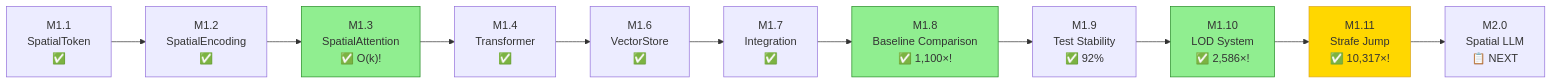
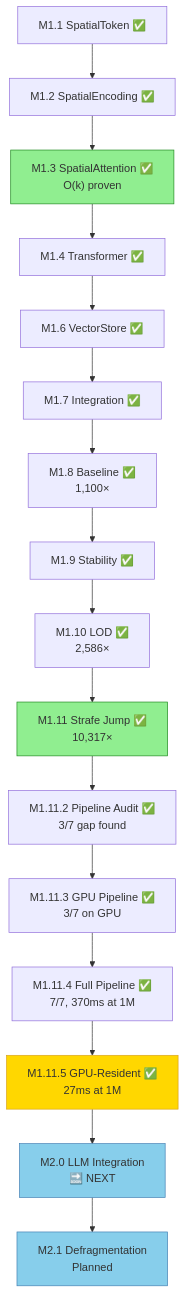
The diagram in docs/milestones/README.md (ch1pu/infinate), drawn with Mermaid before and after one commit. The commit also changed other lines of this file, not shown here.

````diff
--- a/docs/milestones/README.md
+++ b/docs/milestones/README.md
@@ -309,18 +233,24 @@
 ```mermaid
-graph LR
-    M1["M1.1<br/>SpatialToken<br/>✅"] --> M2["M1.2<br/>SpatialEncoding<br/>✅"]
-    M2 --> M3["M1.3<br/>SpatialAttention<br/>✅ O(k)!"]
-    M3 --> M4["M1.4<br/>Transformer<br/>✅"]
-    M4 --> M6["M1.6<br/>VectorStore<br/>✅"]
-    M6 --> M7["M1.7<br/>Integration<br/>✅"]
-    M7 --> M8["M1.8<br/>Baseline Comparison<br/>✅ 1,100×!"]
-    M8 --> M9["M1.9<br/>Test Stability<br/>✅ 92%"]
-    M9 --> M10["M1.10<br/>LOD System<br/>✅ 2,586×!"]
-    M10 --> M11["M1.11<br/>Strafe Jump<br/>✅ 10,317×!"]
-    M11 --> M20["M2.0<br/>Spatial LLM<br/>📋 NEXT"]
+graph TB
+    M1["M1.1 SpatialToken ✅"] --> M2["M1.2 SpatialEncoding ✅"]
+    M2 --> M3["M1.3 SpatialAttention ✅\nO(k) proven"]
+    M3 --> M4["M1.4 Transformer ✅"]
+    M4 --> M6["M1.6 VectorStore ✅"]
+    M6 --> M7["M1.7 Integration ✅"]
+    M7 --> M8["M1.8 Baseline ✅\n1,100×"]
+    M8 --> M9["M1.9 Stability ✅"]
+    M9 --> M10["M1.10 LOD ✅\n2,586×"]
+    M10 --> M11["M1.11 Strafe Jump ✅\n10,317×"]
+    M11 --> M112["M1.11.2 Pipeline Audit ✅\n3/7 gap found"]
+    M112 --> M113["M1.11.3 GPU Pipeline ✅\n3/7 on GPU"]
+    M113 --> M114["M1.11.4 Full Pipeline ✅\n7/7, 370ms at 1M"]
+    M114 --> M115["M1.11.5 GPU-Resident ✅\n27ms at 1M"]
+    M115 --> M20["M2.0 LLM Integration\n🔜 NEXT"]
+    M20 --> M21["M2.1 Defragmentation\nPlanned"]
 
     style M3 fill:#90EE90,stroke:#228B22
-    style M8 fill:#90EE90,stroke:#228B22
-    style M10 fill:#90EE90,stroke:#228B22
-    style M11 fill:#FFD700,stroke:#DAA520
+    style M11 fill:#90EE90,stroke:#228B22
+    style M115 fill:#FFD700,stroke:#DAA520
+    style M20 fill:#87CEEB,stroke:#4682B4
+    style M21 fill:#87CEEB,stroke:#4682B4
 ```
````
